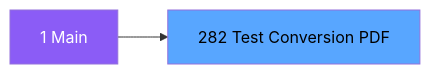
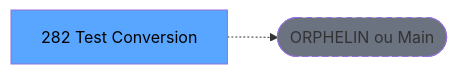
One commit to thonyAGP/lecteur-magic changed the second of 3 diagrams in .openspec/renders/ADH-IDE-282.md. Above: the diagram before and after it, drawn with Mermaid. The commit also changed other lines of this file and 701 other files, not shown here.

````diff
--- a/.openspec/renders/ADH-IDE-282.md
+++ b/.openspec/renders/ADH-IDE-282.md
@@ -106,8 +117,8 @@
 ```mermaid
 graph LR
-    M[1 Main]
-    T[282 Test Conversion PDF]
-    M --> T
-    style M fill:#8b5cf6,color:#fff
+    T[282 Test Conversion]
+    ORPHAN([ORPHELIN ou Main])
+    T -.-> ORPHAN
     style T fill:#58a6ff,color:#000
+    style ORPHAN fill:#6b7280,stroke-dasharray: 5 5
 ```
````
